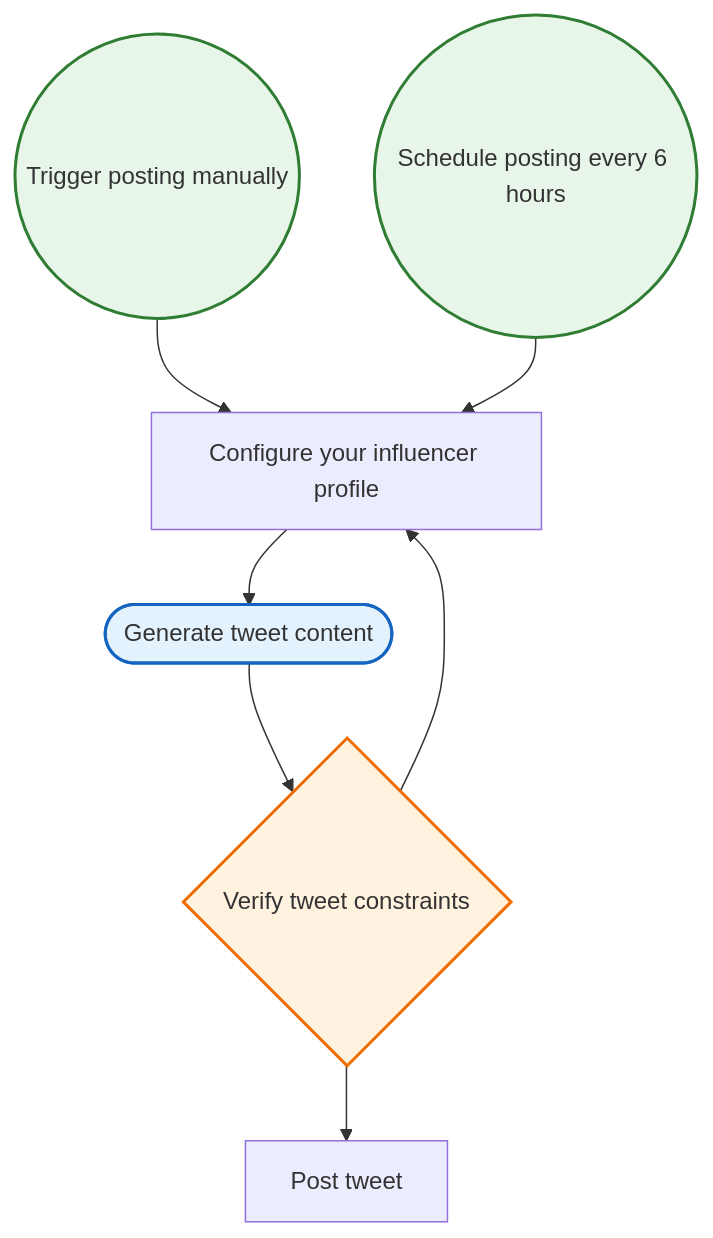
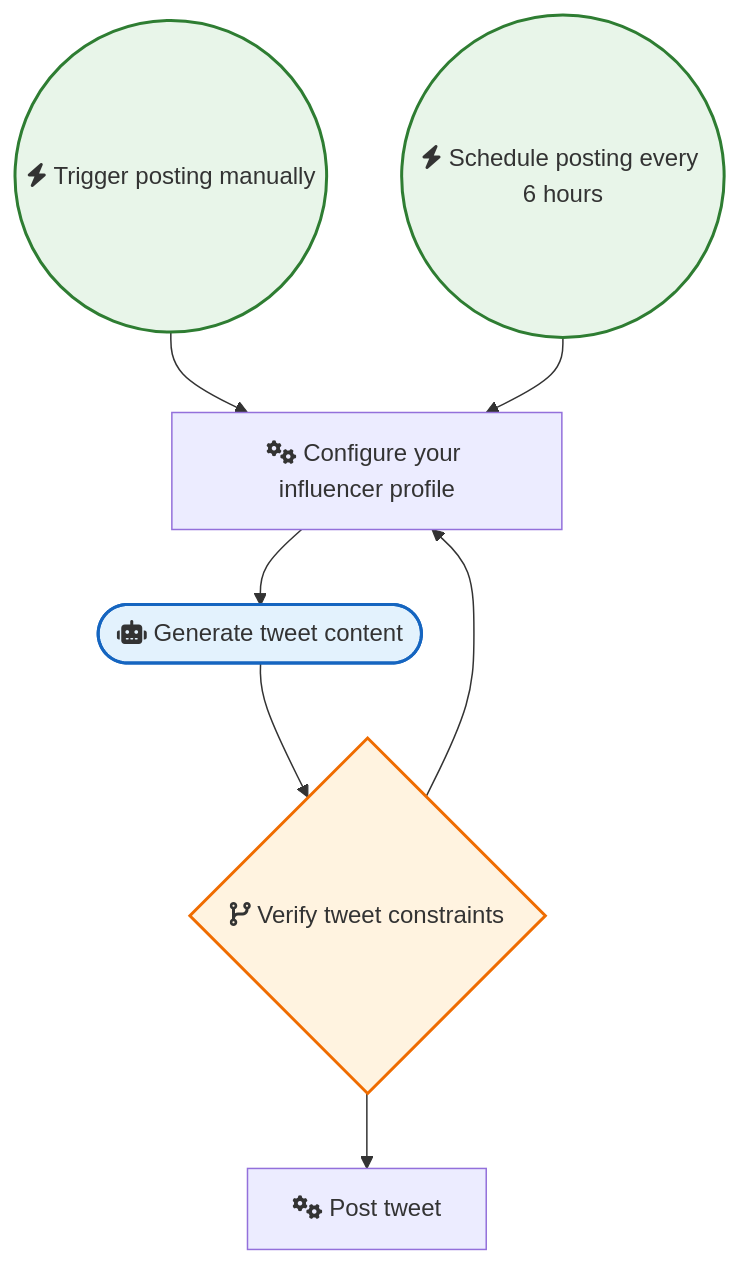
Before and after one commit to sreyash3105/N8N-DEMO-AUTOMATIONS: the diagram in Instagram_Twitter_Social_Media/Twitter Virtual AI Influencer.md, drawn with Mermaid. The commit also changed 291 other files, not shown here.

````diff
--- a/Instagram_Twitter_Social_Media/Twitter Virtual AI Influencer.md
+++ b/Instagram_Twitter_Social_Media/Twitter Virtual AI Influencer.md
@@ -1,20 +1,20 @@
 ```mermaid
 graph TD
     classDef trigger fill:#e8f5e9,stroke:#2e7d32,stroke-width:2px;
     classDef ai fill:#e3f2fd,stroke:#1565c0,stroke-width:2px;
     classDef logic fill:#fff3e0,stroke:#ef6c00,stroke-width:2px;
 
-    Post_tweet["Post tweet"]
-    Schedule_posting_every_6_hours(("Schedule posting every 6 hours")):::trigger
-    Trigger_posting_manually(("Trigger posting manually")):::trigger
-    Verify_tweet_constraints{"Verify tweet constraints"}:::logic
-    Generate_tweet_content(["Generate tweet content"]):::ai
-    Configure_your_influencer_profile["Configure your influencer profile"]
+    Post_tweet["fas:fa-cogs Post tweet"]
+    Schedule_posting_every_6_hours(("fas:fa-bolt Schedule posting every 6 hours")):::trigger
+    Trigger_posting_manually(("fas:fa-bolt Trigger posting manually")):::trigger
+    Verify_tweet_constraints{"fas:fa-code-branch Verify tweet constraints"}:::logic
+    Generate_tweet_content(["fas:fa-robot Generate tweet content"]):::ai
+    Configure_your_influencer_profile["fas:fa-cogs Configure your influencer profile"]
 
     Generate_tweet_content --> Verify_tweet_constraints
     Trigger_posting_manually --> Configure_your_influencer_profile
     Verify_tweet_constraints --> Configure_your_influencer_profile
     Verify_tweet_constraints --> Post_tweet
     Schedule_posting_every_6_hours --> Configure_your_influencer_profile
     Configure_your_influencer_profile --> Generate_tweet_content
 ```
````
